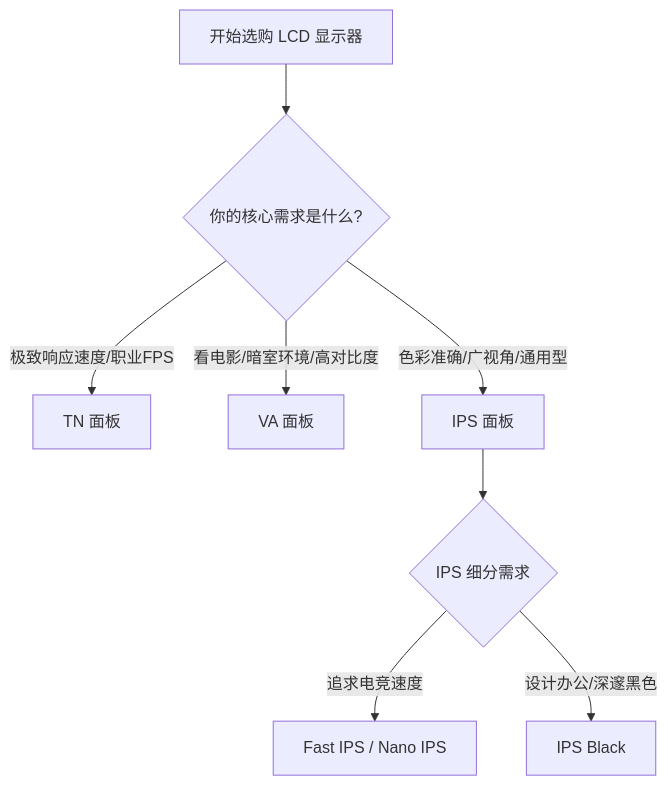
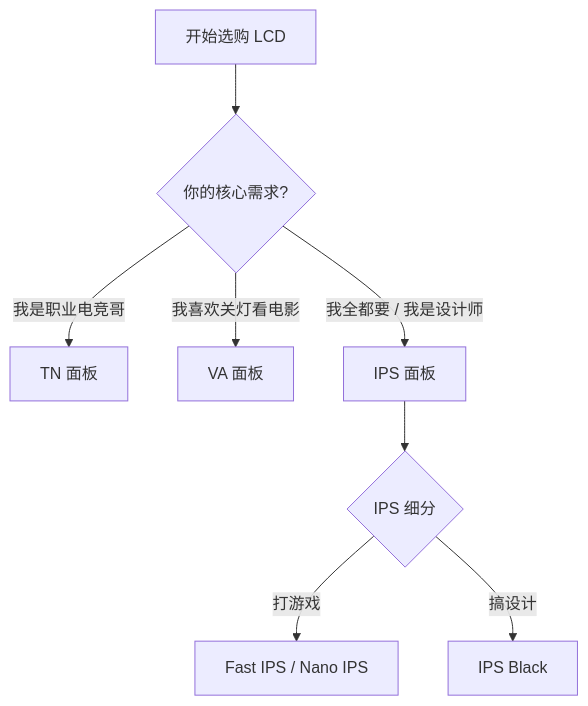
The diagram in docs/03-panel-technology.md (codetilldie/ai-powered-display-handbook), drawn with Mermaid before and after one commit. The commit also changed other lines of this file and 8 other files, not shown here.

````diff
--- a/docs/03-panel-technology.md
+++ b/docs/03-panel-technology.md
@@ -48,11 +36,11 @@
 ```mermaid
 graph TD
-    A[开始选购 LCD 显示器] --> B{你的核心需求是什么?}
-    B -->|极致响应速度/职业FPS| C[TN 面板]
-    B -->|看电影/暗室环境/高对比度| D[VA 面板]
-    B -->|色彩准确/广视角/通用型| E[IPS 面板]
+    A[开始选购 LCD] --> B{你的核心需求?}
+    B -->|我是职业电竞哥| C[TN 面板]
+    B -->|我喜欢关灯看电影| D[VA 面板]
+    B -->|我全都要 / 我是设计师| E[IPS 面板]
     
-    E --> F{IPS 细分需求}
-    F -->|追求电竞速度| G[Fast IPS / Nano IPS]
-    F -->|设计办公/深邃黑色| H[IPS Black]
+    E --> F{IPS 细分}
+    F -->|打游戏| G[Fast IPS / Nano IPS]
+    F -->|搞设计| H[IPS Black]
 ```
````
